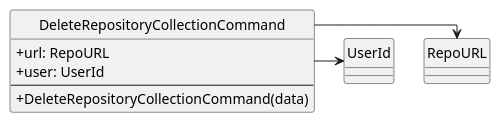
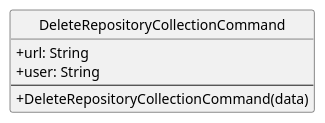
One commit to SkarabGroup/DocumentazioneProgetto changed the diagram in assets/st_diagrams/code/plantuml/analysis/application/commands/deleteRepositoryCollectionCommand.plantuml. Above: the diagram before and after it, drawn with PlantUML. The commit also changed 7 other files, not shown here.

```diff
--- a/assets/st_diagrams/code/plantuml/analysis/application/commands/deleteRepositoryCollectionCommand.plantuml
+++ b/assets/st_diagrams/code/plantuml/analysis/application/commands/deleteRepositoryCollectionCommand.plantuml
@@ -1,18 +1,16 @@
 @startuml DeleteRepositoryCollectionCommand
 skinparam componentStyle uml2.5
 skinparam linetype ortho
 skinparam nodesep 30
 skinparam ranksep 30
 skinparam ClassAttributeIconSize 0
 hide circles
 
 class DeleteRepositoryCollectionCommand {
-    + url: RepoURL
-    + user: UserId
+    + url: String
+    + user: String
     ---
     + DeleteRepositoryCollectionCommand(data)
 }
 
-DeleteRepositoryCollectionCommand --right-> RepoURL
-DeleteRepositoryCollectionCommand --right-> UserId
 @enduml
```
